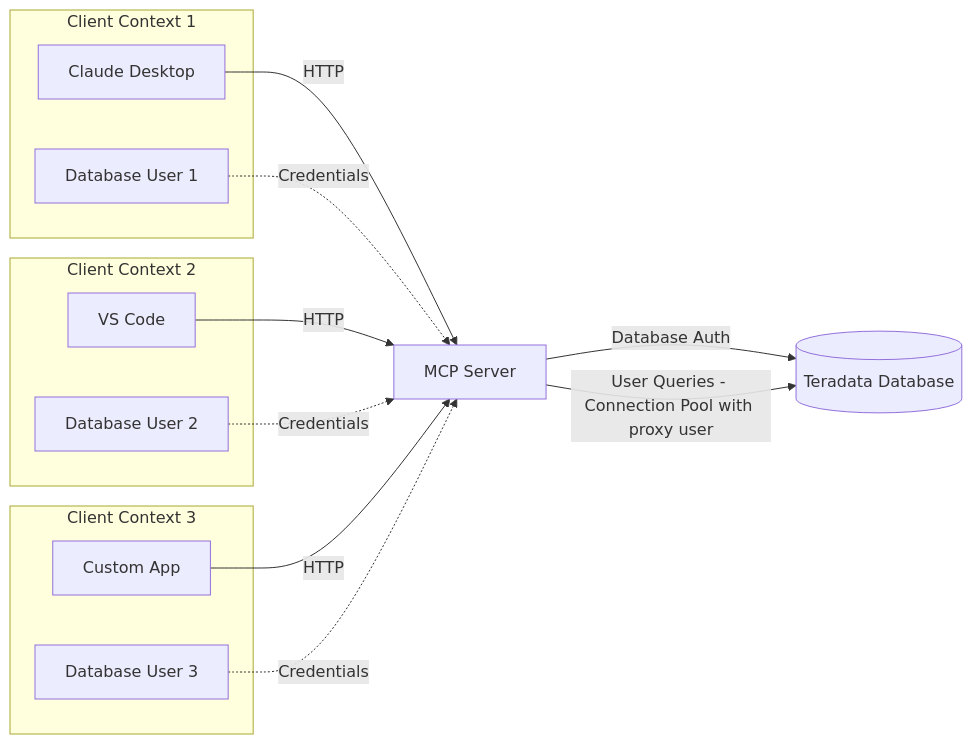
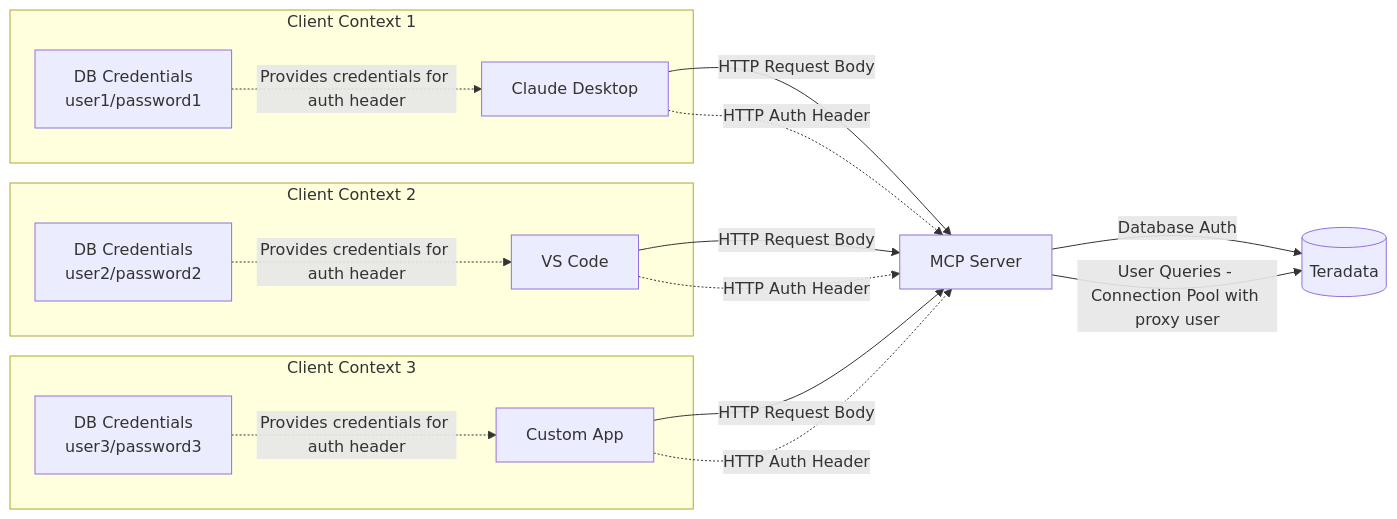
One commit to Teradata/teradata-mcp-server changed the third of 5 diagrams in docs/server_guide/ARCHITECTURE.md. Above: the diagram before and after it, drawn with Mermaid. The commit also changed other lines of this file, not shown here.

Commit message:
updated arhchitecture diagrams

````diff
--- a/docs/server_guide/ARCHITECTURE.md
+++ b/docs/server_guide/ARCHITECTURE.md
@@ -108,28 +108,31 @@
 ```mermaid
 flowchart LR
     subgraph "Client Context 1"
         A[Claude Desktop]
-        A1[Database User 1]
+        A1[DB Credentials<br/>user1/password1]
     end
     
     subgraph "Client Context 2"
         B[VS Code]
-        B1[Database User 2]
+        B1[DB Credentials<br/>user2/password2]
     end
     
     subgraph "Client Context 3"
         E[Custom App]
-        E1[Database User 3]
+        E1[DB Credentials<br/>user3/password3]
     end
     
-    A -->|HTTP| D[MCP Server]
-    B -->|HTTP| D
-    E -->|HTTP| D
+    A -->|HTTP Request Body| D[MCP Server]
+    A -.->|HTTP Auth Header| D
+    B -->|HTTP Request Body| D
+    B -.->|HTTP Auth Header| D
+    E -->|HTTP Request Body| D
+    E -.->|HTTP Auth Header| D
     
-    D -->|Database Auth| G[(Teradata Database)]
+    D -->|Database Auth| G[(Teradata)]
     D -->|User Queries - Connection Pool with proxy user| G
     
-    A1 -.->|Credentials| D
-    B1 -.->|Credentials| D
-    E1 -.->|Credentials| D
+    A1 -.->|Provides credentials for auth header| A
+    B1 -.->|Provides credentials for auth header| B
+    E1 -.->|Provides credentials for auth header| E
 ```
````
